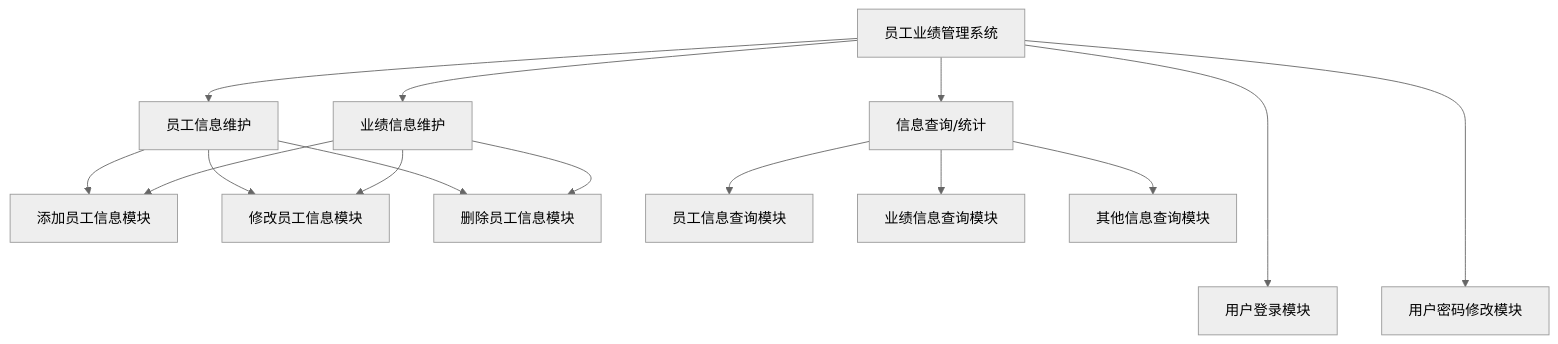
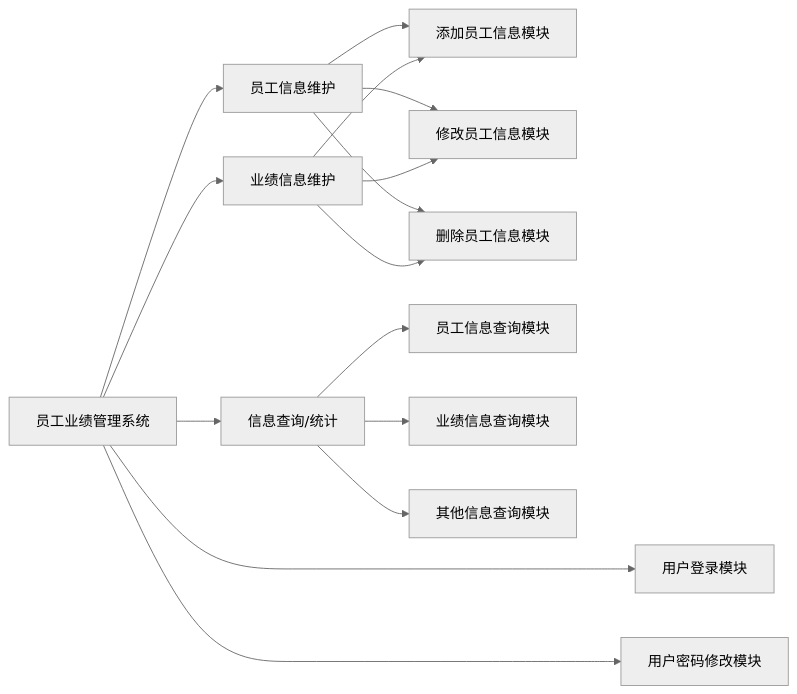
The diagram in README.md (Glucy-2/employee-perf-mgr), drawn with Mermaid (neutral theme) before and after one commit. The commit also changed 1 other file, not shown here.

````diff
--- a/README.md
+++ b/README.md
@@ -47,26 +47,26 @@
 ```mermaid
-graph TB
+graph LR
 
 员工业绩管理系统 ----> 用户登录模块
 员工业绩管理系统 ----> 用户密码修改模块
 
 员工业绩管理系统 --> 员工信息维护
 
 员工信息维护 --> 添加员工信息模块
 员工信息维护 --> 修改员工信息模块
 员工信息维护 --> 删除员工信息模块
 
 员工业绩管理系统 --> 业绩信息维护
 
 业绩信息维护 --> 添加员工信息模块
 业绩信息维护 --> 修改员工信息模块
 业绩信息维护 --> 删除员工信息模块
 
 
 员工业绩管理系统 --> 信息查询/统计
 
 信息查询/统计 --> 员工信息查询模块
 信息查询/统计 --> 业绩信息查询模块
 信息查询/统计 --> 其他信息查询模块
 
 ```
````
